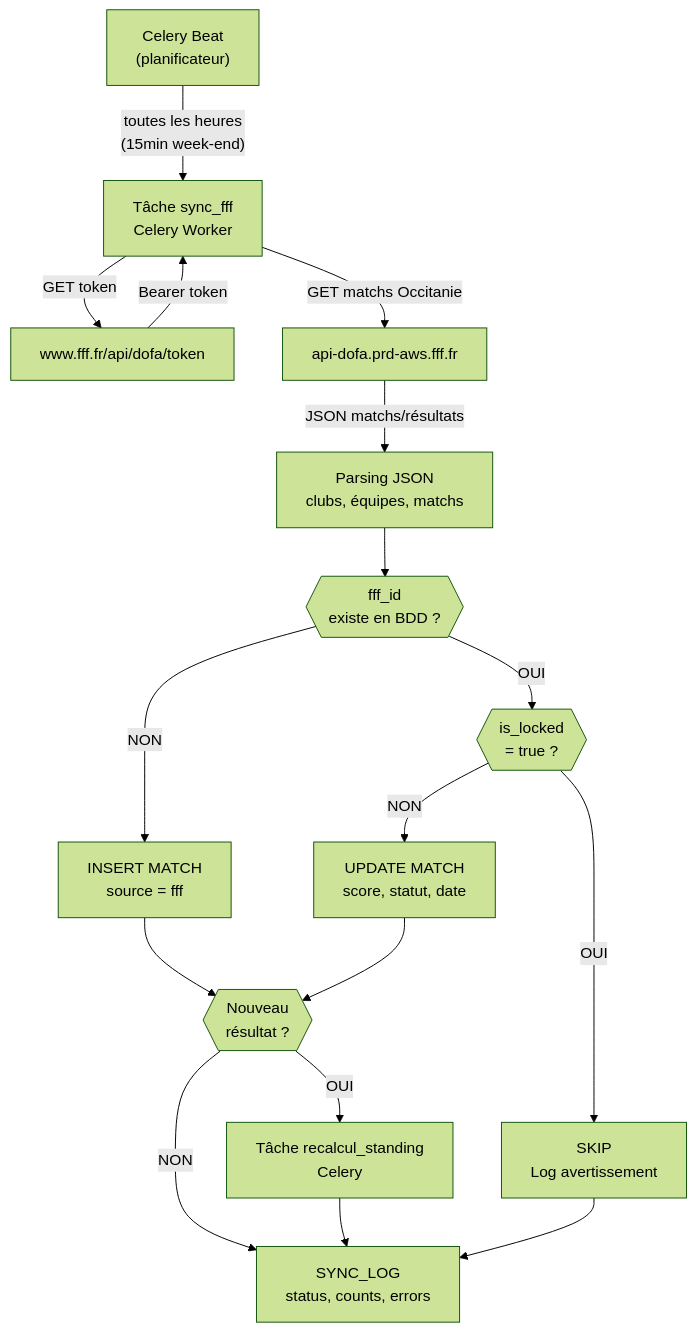
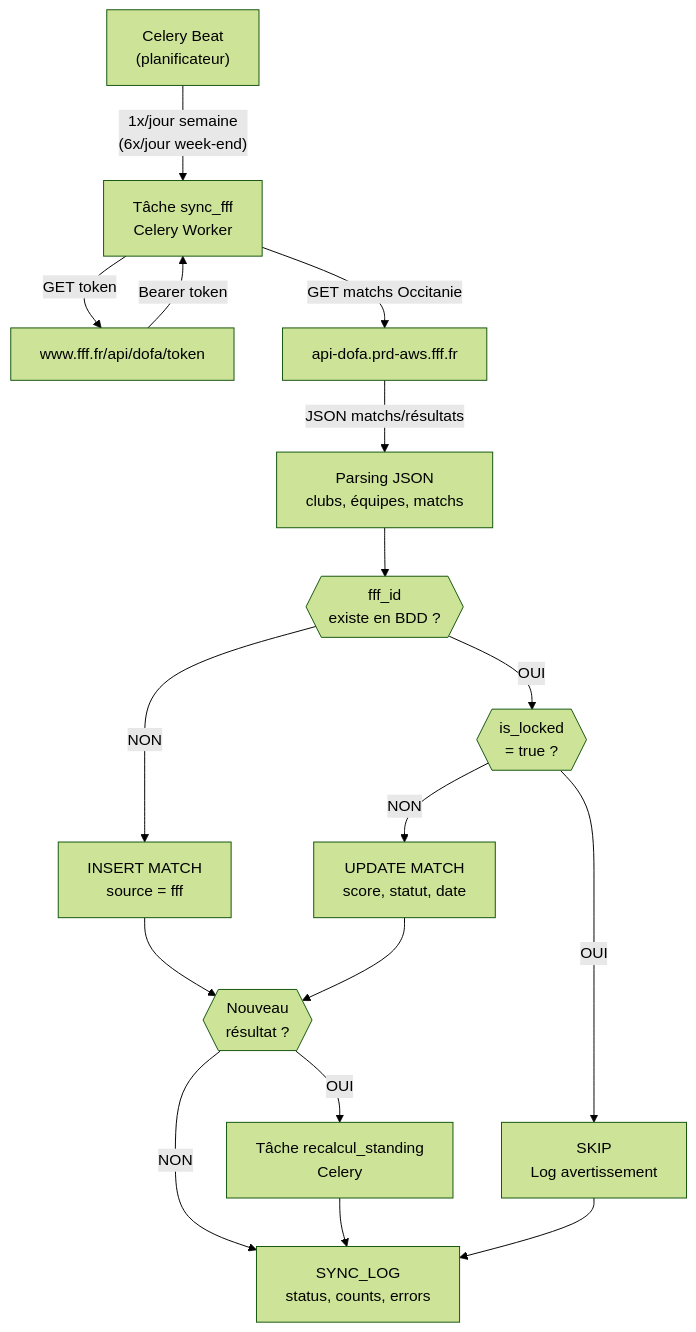
The fifth of 11 diagrams in CLAUDE.md (malik31200/foot-connect-occitanie), drawn with Mermaid (forest theme) before and after one commit. The commit also changed other lines of this file and 10 other files, not shown here.

````diff
--- a/CLAUDE.md
+++ b/CLAUDE.md
@@ -1190,35 +1190,35 @@
 ```mermaid
 flowchart TD
     BEAT["Celery Beat\n(planificateur)"]
-    BEAT -->|"toutes les heures\n(15min week-end)"| TASK
+    BEAT -->|"1x/jour semaine\n(6x/jour week-end)"| TASK
 
     TASK["Tâche sync_fff\nCelery Worker"]
     TASK -->|"GET token"| TOKEN["www.fff.fr/api/dofa/token"]
     TOKEN -->|"Bearer token"| TASK
     TASK -->|"GET matchs Occitanie"| FFF["api-dofa.prd-aws.fff.fr"]
     FFF -->|"JSON matchs/résultats"| PARSE
 
     PARSE["Parsing JSON\nclubs, équipes, matchs"]
     PARSE --> CHECK
 
     CHECK{{"fff_id\nexiste en BDD ?"}}
 
     CHECK -->|"NON"| INSERT["INSERT MATCH\nsource = fff"]
     CHECK -->|"OUI"| LOCK
 
     LOCK{{"is_locked\n= true ?"}}
 
     LOCK -->|"NON"| UPDATE["UPDATE MATCH\nscore, statut, date"]
     LOCK -->|"OUI"| SKIP["SKIP\nLog avertissement"]
 
     INSERT --> RESULT_CHECK
     UPDATE --> RESULT_CHECK
 
     RESULT_CHECK{{"Nouveau\nrésultat ?"}}
     RESULT_CHECK -->|"OUI"| STANDING["Tâche recalcul_standing\nCelery"]
     RESULT_CHECK -->|"NON"| LOG
 
     STANDING --> LOG
     SKIP --> LOG
     LOG["SYNC_LOG\nstatus, counts, errors"]
 ```
````
